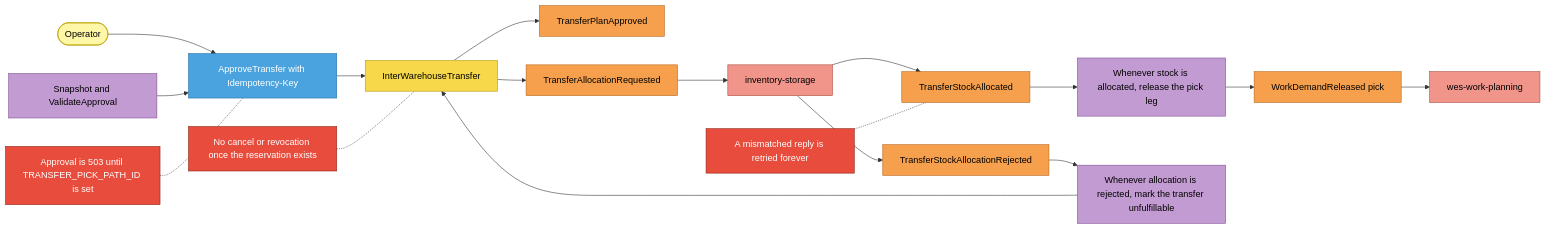
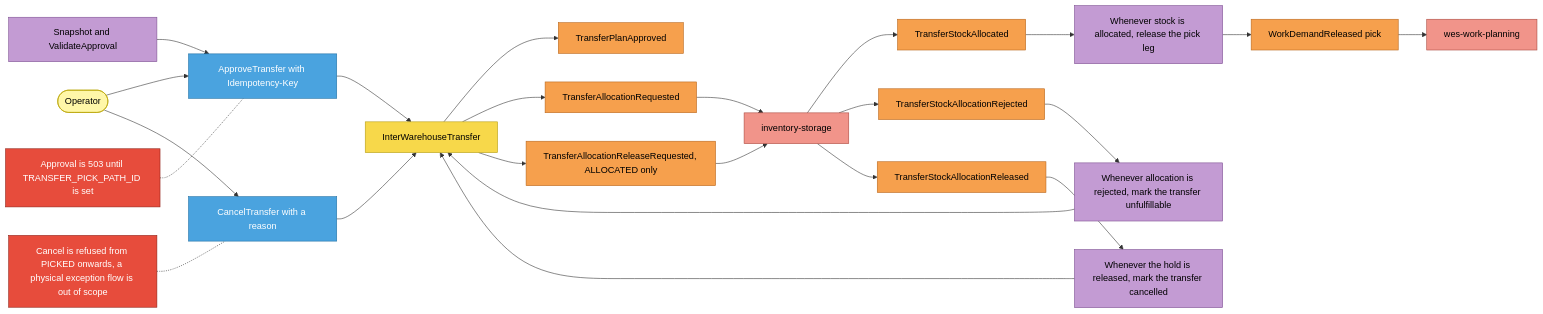
Before and after one commit to IQVO/network-inventory-planning: the third of 4 diagrams in docs/docs/ddd/eventstorming.md, drawn with Mermaid. The commit also changed other lines of this file and 15 other files, not shown here.

````diff
--- a/docs/docs/ddd/eventstorming.md
+++ b/docs/docs/ddd/eventstorming.md
@@ -72,26 +72,32 @@
 ```mermaid
 flowchart LR
   OP([Operator]):::actor --> C1[ApproveTransfer with Idempotency-Key]:::command
   S0[Snapshot and ValidateApproval]:::policy --> C1
   C1 --> G1[InterWarehouseTransfer]:::aggregate
   G1 --> E1[TransferPlanApproved]:::event
   G1 --> E2[TransferAllocationRequested]:::event
   E2 --> X1[inventory-storage]:::external
   X1 --> E3[TransferStockAllocated]:::event
   X1 --> E4[TransferStockAllocationRejected]:::event
   E3 --> P1[Whenever stock is allocated, release the pick leg]:::policy
   P1 --> E5[WorkDemandReleased pick]:::event
   E5 --> X2[wes-work-planning]:::external
   E4 --> P2[Whenever allocation is rejected, mark the transfer unfulfillable]:::policy
   P2 --> G1
+  OP --> C2[CancelTransfer with a reason]:::command
+  C2 --> G1
+  G1 --> E6[TransferAllocationReleaseRequested, ALLOCATED only]:::event
+  E6 --> X1
+  X1 --> E7[TransferStockAllocationReleased]:::event
+  E7 --> P3[Whenever the hold is released, mark the transfer cancelled]:::policy
+  P3 --> G1
   H1[Approval is 503 until TRANSFER_PICK_PATH_ID is set]:::hotspot -.- C1
-  H2[No cancel or revocation once the reservation exists]:::hotspot -.- G1
-  H3[A mismatched reply is retried forever]:::hotspot -.- E3
+  H2[Cancel is refused from PICKED onwards, a physical exception flow is out of scope]:::hotspot -.- C2
   classDef actor fill:#fff7a8,stroke:#b8a400,color:#000
   classDef command fill:#4aa3df,stroke:#1f6fa3,color:#fff
   classDef aggregate fill:#f7d84a,stroke:#b39b12,color:#000
   classDef event fill:#f6a04d,stroke:#b8661c,color:#000
   classDef policy fill:#c39bd3,stroke:#7d4f91,color:#000
   classDef external fill:#f1948a,stroke:#a9483e,color:#000
   classDef hotspot fill:#e74c3c,stroke:#8e1f14,color:#fff
 ```
````
